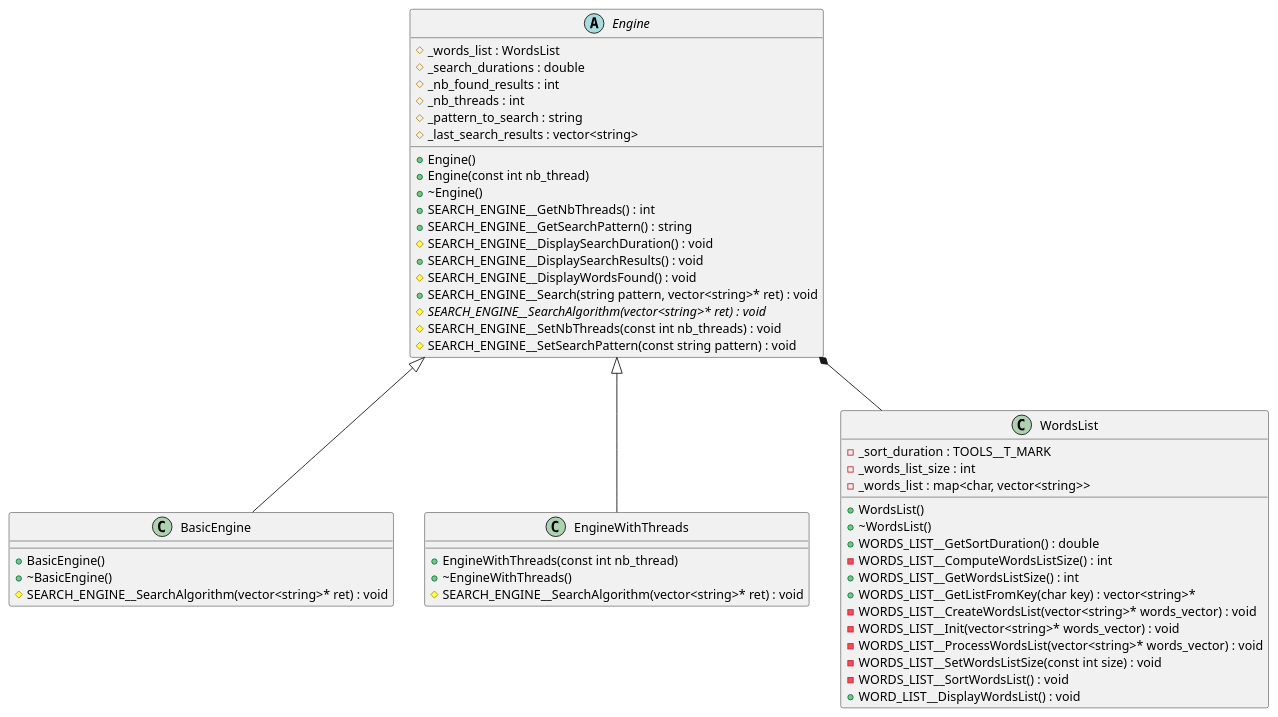
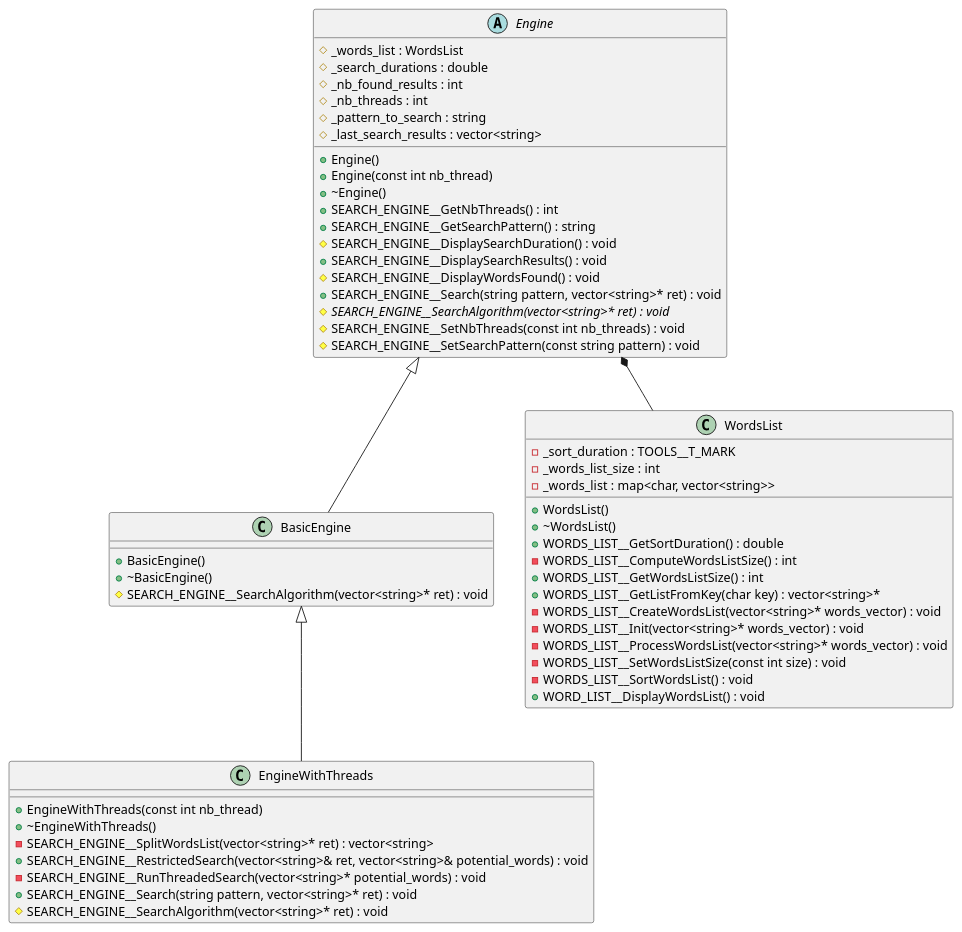
The diagram in output.iuml (Xispa33/ParallelSearch), drawn with PlantUML before and after one commit. The commit also changed 2 other files, not shown here.

Commit message:
Updating uml rule

```diff
--- a/output.iuml
+++ b/output.iuml
@@ -1,91 +1,95 @@
 @startuml
 
 
 
 
 
 /' Objects '/
 
 class BasicEngine {
 	+BasicEngine()
 	+~BasicEngine()
 	#SEARCH_ENGINE__SearchAlgorithm(vector<string>* ret) : void
 }
 
 
 abstract class Engine {
 	+Engine()
 	+Engine(const int nb_thread)
 	+~Engine()
 	#_words_list : WordsList
 	#_search_durations : double
 	+SEARCH_ENGINE__GetNbThreads() : int
 	#_nb_found_results : int
 	#_nb_threads : int
 	+SEARCH_ENGINE__GetSearchPattern() : string
 	#_pattern_to_search : string
 	#_last_search_results : vector<string>
 	#SEARCH_ENGINE__DisplaySearchDuration() : void
 	+SEARCH_ENGINE__DisplaySearchResults() : void
 	#SEARCH_ENGINE__DisplayWordsFound() : void
 	+SEARCH_ENGINE__Search(string pattern, vector<string>* ret) : void
 	#{abstract} SEARCH_ENGINE__SearchAlgorithm(vector<string>* ret) : void
 	#SEARCH_ENGINE__SetNbThreads(const int nb_threads) : void
 	#SEARCH_ENGINE__SetSearchPattern(const string pattern) : void
 }
 
 
 class EngineWithThreads {
 	+EngineWithThreads(const int nb_thread)
 	+~EngineWithThreads()
+	-SEARCH_ENGINE__SplitWordsList(vector<string>* ret) : vector<string>
+	+SEARCH_ENGINE__RestrictedSearch(vector<string>& ret, vector<string>& potential_words) : void
+	-SEARCH_ENGINE__RunThreadedSearch(vector<string>* potential_words) : void
+	+SEARCH_ENGINE__Search(string pattern, vector<string>* ret) : void
 	#SEARCH_ENGINE__SearchAlgorithm(vector<string>* ret) : void
 }
 
 
 class WordsList {
 	+WordsList()
 	+~WordsList()
 	-_sort_duration : TOOLS__T_MARK
 	+WORDS_LIST__GetSortDuration() : double
 	-WORDS_LIST__ComputeWordsListSize() : int
 	+WORDS_LIST__GetWordsListSize() : int
 	-_words_list_size : int
 	-_words_list : map<char, vector<string>>
 	+WORDS_LIST__GetListFromKey(char key) : vector<string>*
 	-WORDS_LIST__CreateWordsList(vector<string>* words_vector) : void
 	-WORDS_LIST__Init(vector<string>* words_vector) : void
 	-WORDS_LIST__ProcessWordsList(vector<string>* words_vector) : void
 	-WORDS_LIST__SetWordsListSize(const int size) : void
 	-WORDS_LIST__SortWordsList() : void
 	+WORD_LIST__DisplayWordsList() : void
 }
 
 
 
 
 
 /' Inheritance relationships '/
 
-.Engine <|-- .BasicEngine
+.BasicEngine <|-- .EngineWithThreads
 
 
-.Engine <|-- .EngineWithThreads
+.Engine <|-- .BasicEngine
 
 
 
 
 
 /' Aggregation relationships '/
 
 .Engine *-- .WordsList
 
 
 
 
 
 
 /' Nested objects '/
 
 
 
 @enduml
```
